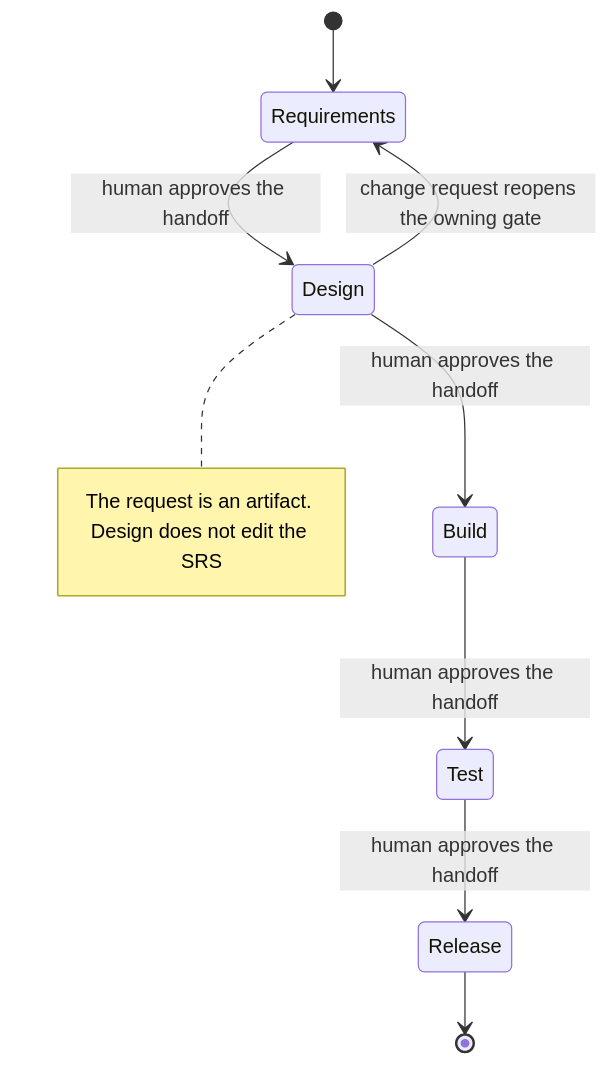
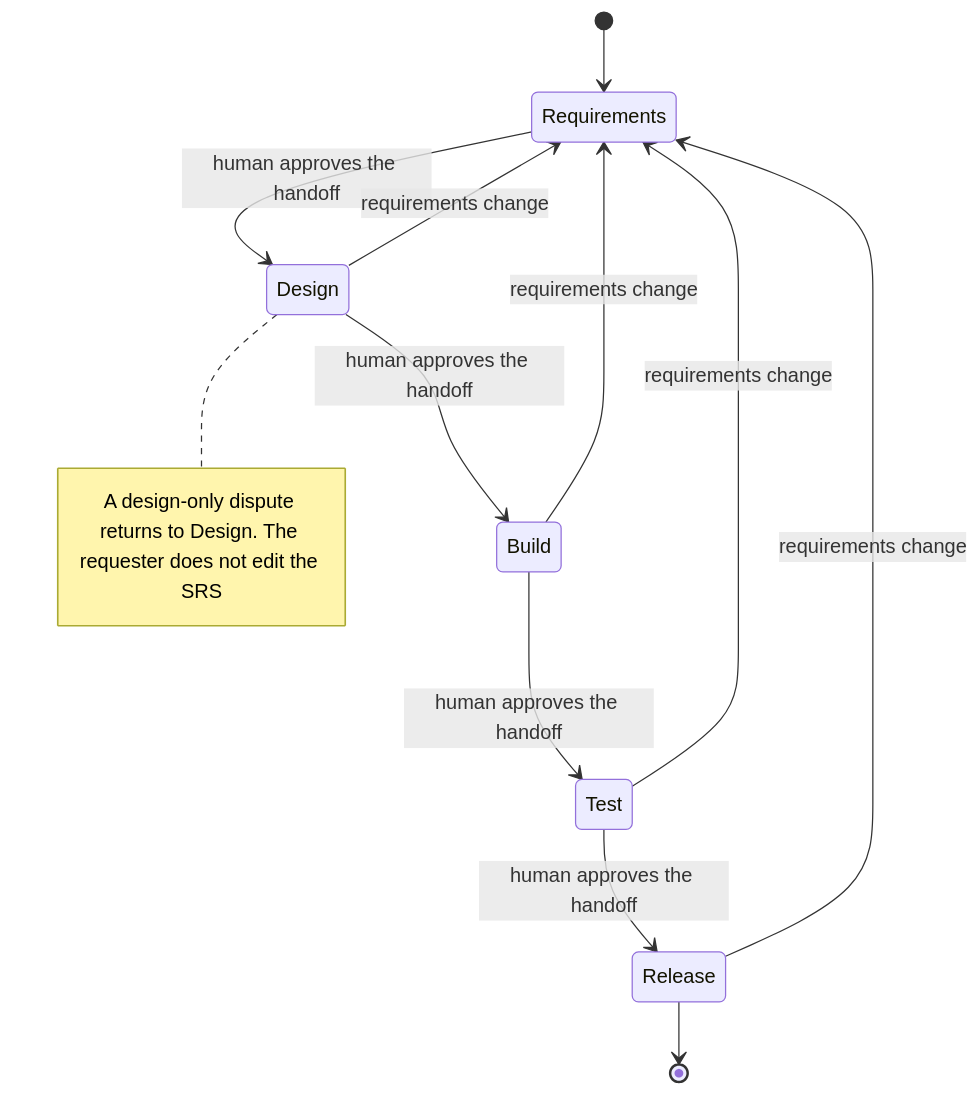
Before and after one commit to shaighub/DevWorkbench: the fourth of 6 diagrams in docs/architecture.md, drawn with Mermaid. The commit also changed other lines of this file, not shown here.

First line of the commit message:
Describe how a change request replays affected phases.

````diff
--- a/docs/architecture.md
+++ b/docs/architecture.md
@@ -230,11 +230,14 @@
 ```mermaid
 stateDiagram-v2
   [*] --> Requirements
   Requirements --> Design: human approves the handoff
   Design --> Build: human approves the handoff
   Build --> Test: human approves the handoff
   Test --> Release: human approves the handoff
   Release --> [*]
-  Design --> Requirements: change request reopens the owning gate
-  note right of Design: The request is an artifact. Design does not edit the SRS
+  Design --> Requirements: requirements change
+  Build --> Requirements: requirements change
+  Test --> Requirements: requirements change
+  Release --> Requirements: requirements change
+  note right of Design: A design-only dispute returns to Design. The requester does not edit the SRS
 ```
````
